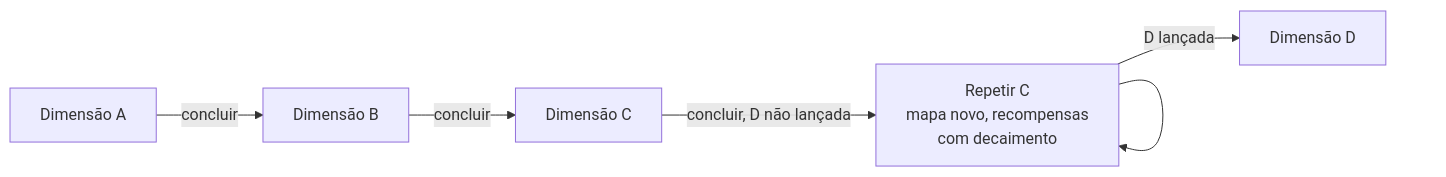
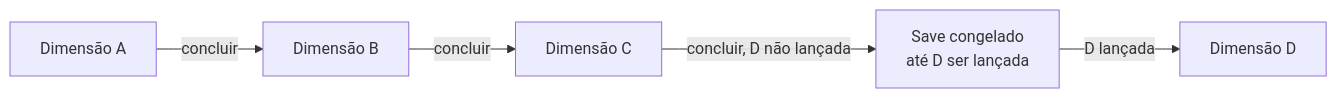
Diagram 16 of 17 in docs/README.md (frnndog-suav/Misadventure_Frontend_V3), drawn with Mermaid before and after one commit. The commit also changed other lines of this file, not shown here.

````diff
--- a/docs/README.md
+++ b/docs/README.md
@@ -2234,7 +2234,6 @@
 ```mermaid
 flowchart LR
     A[Dimensão A] -->|concluir| B[Dimensão B] -->|concluir| C[Dimensão C]
-    C -->|concluir, D não lançada| C2[Repetir C<br/>mapa novo, recompensas<br/>com decaimento]
-    C2 --> C2
-    C2 -->|D lançada| D[Dimensão D]
+    C -->|concluir, D não lançada| F[Save congelado<br/>até D ser lançada]
+    F -->|D lançada| D[Dimensão D]
 ```
````
